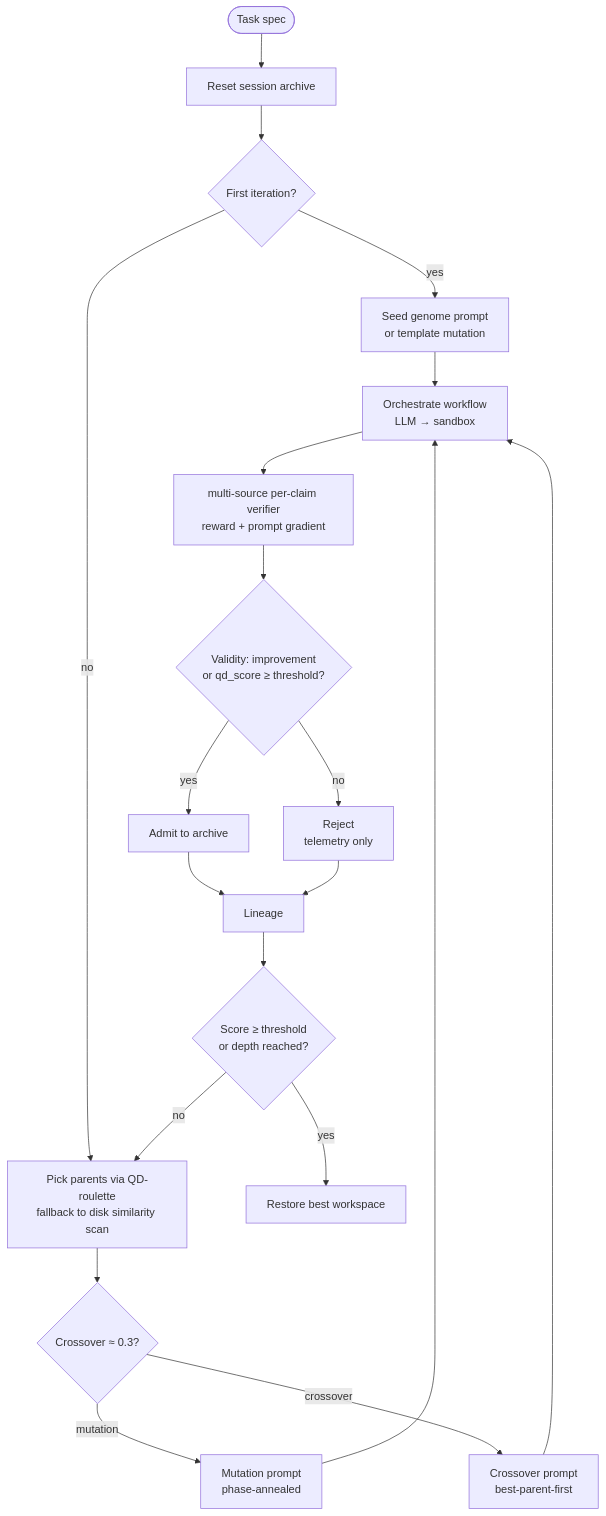
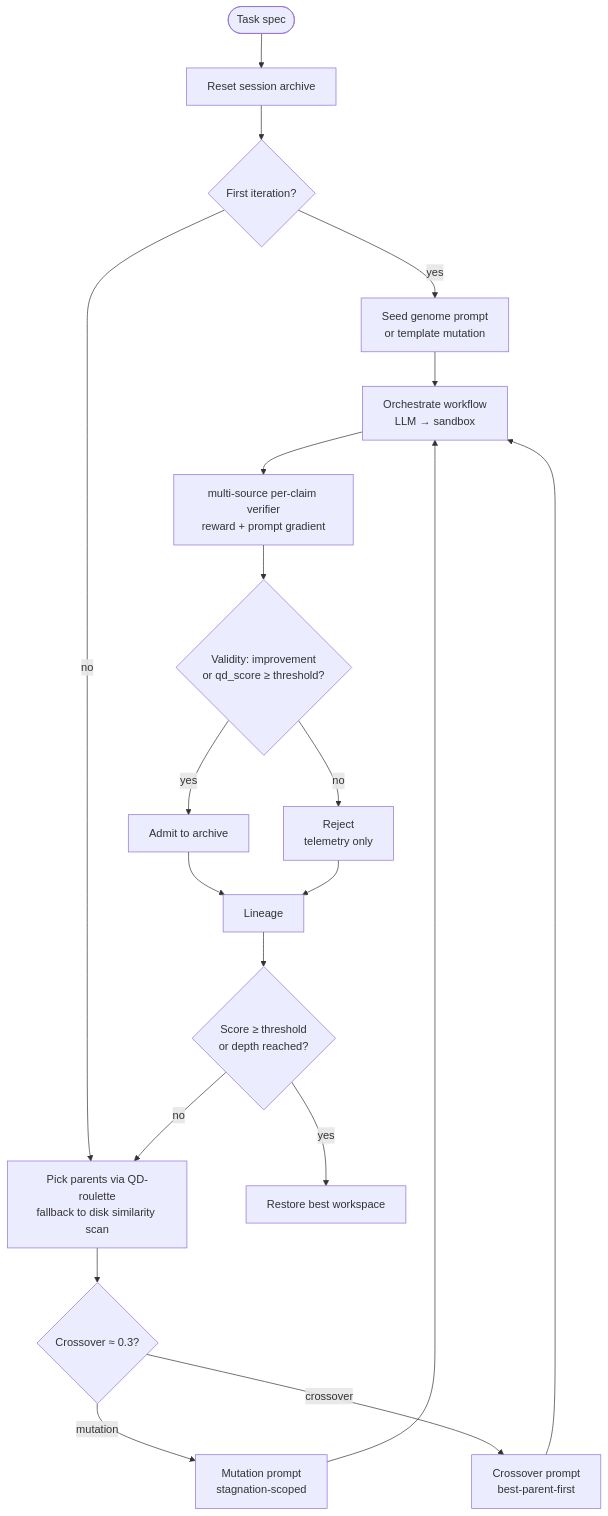
Before and after one commit to HolobiomicsLab/Mimosa-AI: the diagram in docs/concepts/evolution-engine.md, drawn with Mermaid. The commit also changed other lines of this file and 5 other files, not shown here.

Commit message:
docs(variation): replace SEED/ANCHOR/.../POLISH phase schedule with stagnation-driven scope

````diff
--- a/docs/concepts/evolution-engine.md
+++ b/docs/concepts/evolution-engine.md
@@ -13,22 +13,22 @@
 ```mermaid
 flowchart TB
     Start([Task spec]) --> Reset[Reset session archive]
     Reset --> Seed{First iteration?}
     Seed -- yes --> SeedPrompt[Seed genome prompt<br/>or template mutation]
     Seed -- no --> Pick[Pick parents via QD-roulette<br/>fallback to disk similarity scan]
     SeedPrompt --> Orch[Orchestrate workflow<br/>LLM → sandbox]
     Pick --> Decide{Crossover ≈ 0.3?}
-    Decide -- mutation --> Mut[Mutation prompt<br/>phase-annealed]
+    Decide -- mutation --> Mut[Mutation prompt<br/>stagnation-scoped]
     Decide -- crossover --> Cross[Crossover prompt<br/>best-parent-first]
     Mut --> Orch
     Cross --> Orch
     Orch --> Eval[multi-source per-claim verifier<br/>reward + prompt gradient]
     Eval --> Admit{Validity: improvement<br/>or qd_score ≥ threshold?}
     Admit -- yes --> Archive[Admit to archive]
     Admit -- no --> Reject[Reject<br/>telemetry only]
     Archive --> Lin[Lineage]
     Reject --> Lin
     Lin --> Stop{Score ≥ threshold<br/>or depth reached?}
     Stop -- no --> Pick
     Stop -- yes --> Restore[Restore best workspace]
 ```
````
